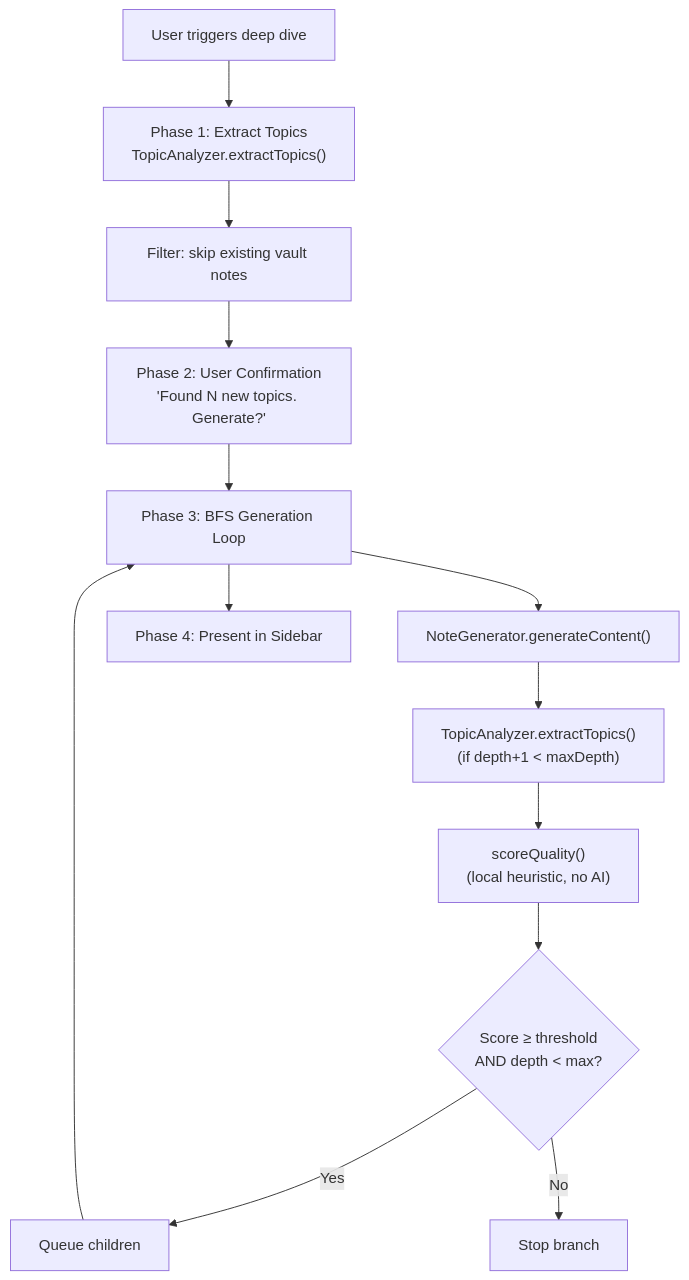
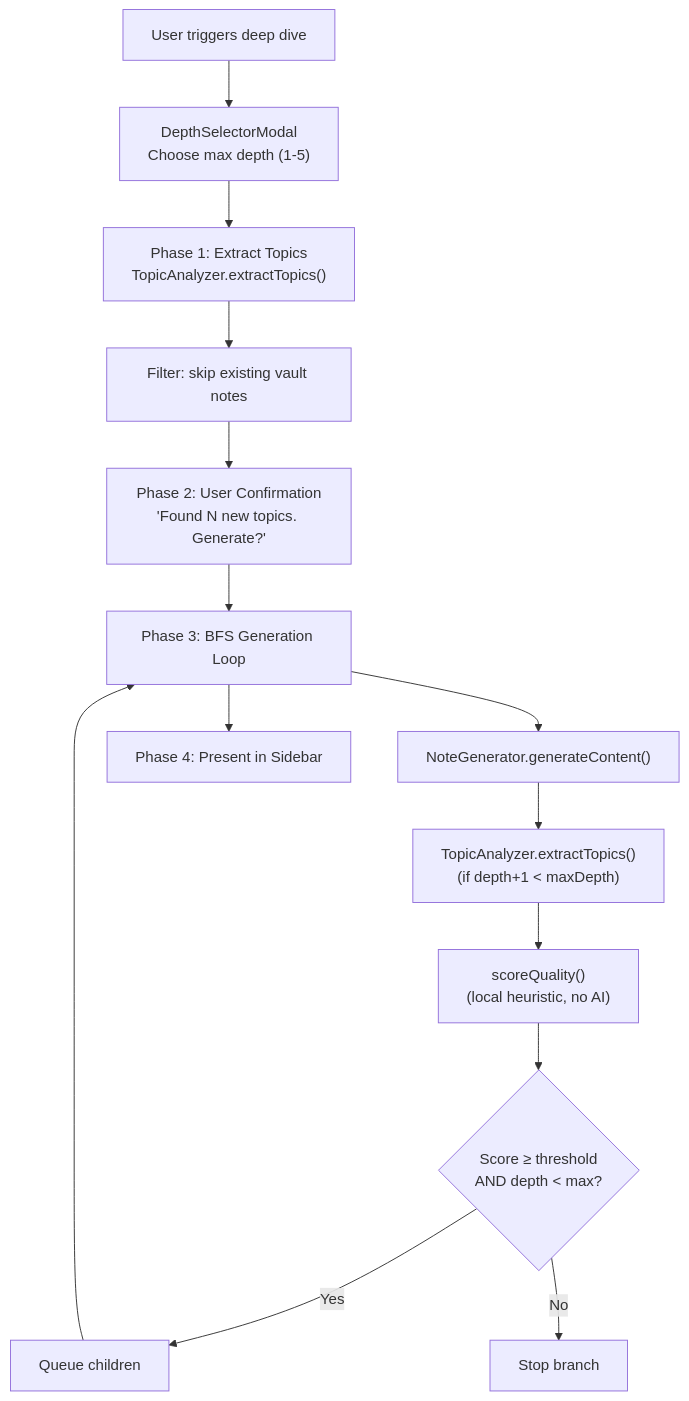
Before and after one commit to dustinkeeton/obsidian-synapse: the seventh of 9 diagrams in ARCHITECTURE.md, drawn with Mermaid. The commit also changed other lines of this file and 104 other files, not shown here.

````diff
--- a/ARCHITECTURE.md
+++ b/ARCHITECTURE.md
@@ -324,17 +365,18 @@
 ```mermaid
 graph TB
-    Start["User triggers deep dive"] --> Phase1["Phase 1: Extract Topics<br/>TopicAnalyzer.extractTopics()"]
+    Start["User triggers deep dive"] --> Depth["DepthSelectorModal<br/>Choose max depth (1-5)"]
+    Depth --> Phase1["Phase 1: Extract Topics<br/>TopicAnalyzer.extractTopics()"]
     Phase1 --> Filter["Filter: skip existing vault notes"]
     Filter --> Phase2["Phase 2: User Confirmation<br/>'Found N new topics. Generate?'"]
     Phase2 --> BFS["Phase 3: BFS Generation Loop"]
 
     BFS --> Gen["NoteGenerator.generateContent()"]
     Gen --> Extract["TopicAnalyzer.extractTopics()<br/>(if depth+1 < maxDepth)"]
     Extract --> Score["scoreQuality()<br/>(local heuristic, no AI)"]
     Score --> Decision{Score ≥ threshold<br/>AND depth < max?}
     Decision -->|Yes| Queue["Queue children"]
     Queue --> BFS
     Decision -->|No| Stop["Stop branch"]
 
     BFS --> Phase4["Phase 4: Present in Sidebar"]
 ```
````
